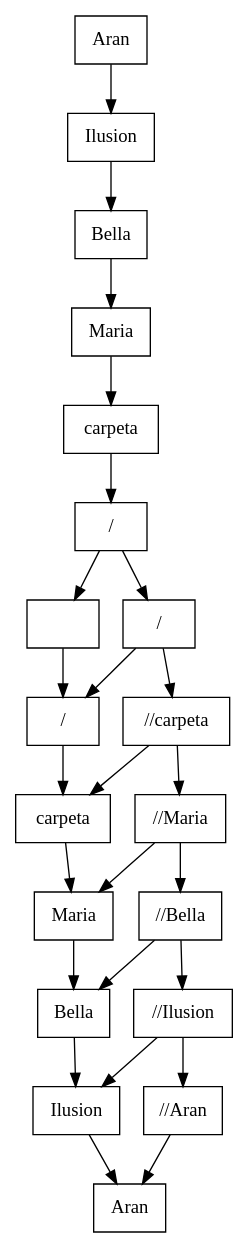
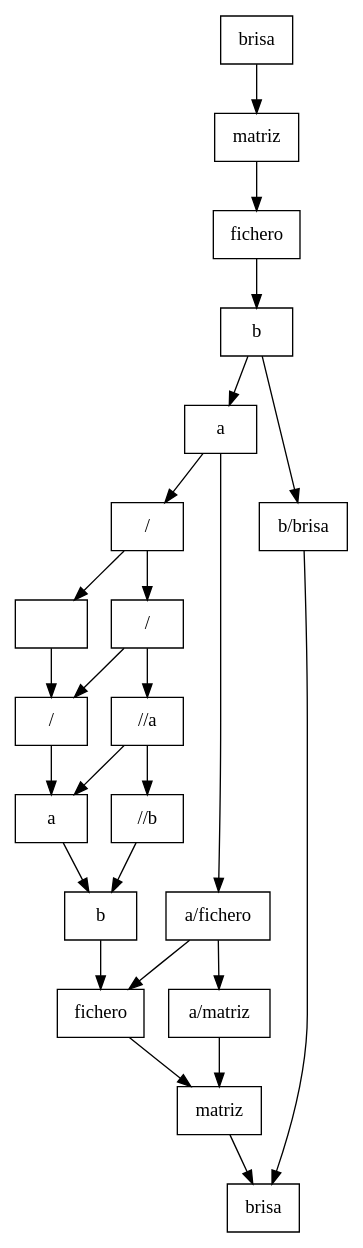
The diagram in Matriz.dot (Aranmarh/EDD_2S2019_PY2_201408507), drawn with Graphviz before and after one commit. The commit also changed 10 other files, not shown here.

```diff
--- a/Matriz.dot
+++ b/Matriz.dot
@@ -1,46 +1,46 @@
 digraph G{
 node [shape= record] 
 00[label=" " pos="0,0!"];
 00->10
 10[label="/ " pos="3,0!"];
 10->20
-20[label="carpeta " pos="6,0!"];
+20[label="a " pos="6,0!"];
 20->30
-30[label="Maria " pos="9,0!"];
+30[label="b " pos="9,0!"];
 30->40
-40[label="Bella " pos="12,0!"];
+40[label="fichero " pos="12,0!"];
 40->50
-50[label="Ilusion " pos="15,0!"];
+50[label="matriz " pos="15,0!"];
 50->60
-60[label="Aran " pos="18,0!"];
+60[label="brisa " pos="18,0!"];
 01[label="/ " pos="0,-1!"];
 01->00
 01->11
 11[label="/ " pos="3,-1!"];
 11->10
 11->21
-21[label="//carpeta " pos="6,-1!"];
+21[label="//a " pos="6,-1!"];
 21->20
 21->31
-31[label="//Maria " pos="9,-1!"];
+31[label="//b " pos="9,-1!"];
 31->30
-31->41
-41[label="//Bella " pos="12,-1!"];
-41->40
-41->51
-51[label="//Ilusion " pos="15,-1!"];
-51->50
-51->61
-61[label="//Aran " pos="18,-1!"];
-61->60
-02[label="carpeta " pos="0,-2!"];
+02[label="a " pos="0,-2!"];
 02->01
-03[label="Maria " pos="0,-3!"];
+02->42
+42[label="a/fichero " pos="12,-2!"];
+42->40
+42->52
+52[label="a/matriz " pos="15,-2!"];
+52->50
+03[label="b " pos="0,-3!"];
 03->02
-04[label="Bella " pos="0,-4!"];
+03->63
+63[label="b/brisa " pos="18,-3!"];
+63->60
+04[label="fichero " pos="0,-4!"];
 04->03
-05[label="Ilusion " pos="0,-5!"];
+05[label="matriz " pos="0,-5!"];
 05->04
-06[label="Aran " pos="0,-6!"];
+06[label="brisa " pos="0,-6!"];
 06->05
 }
```
